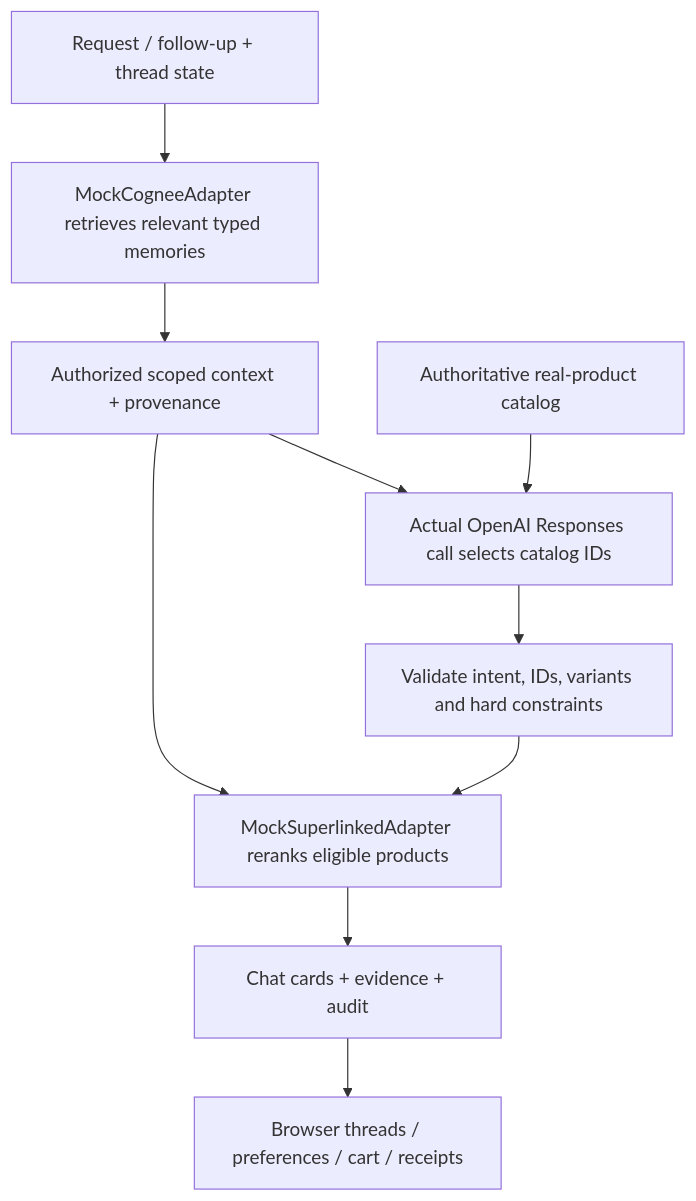
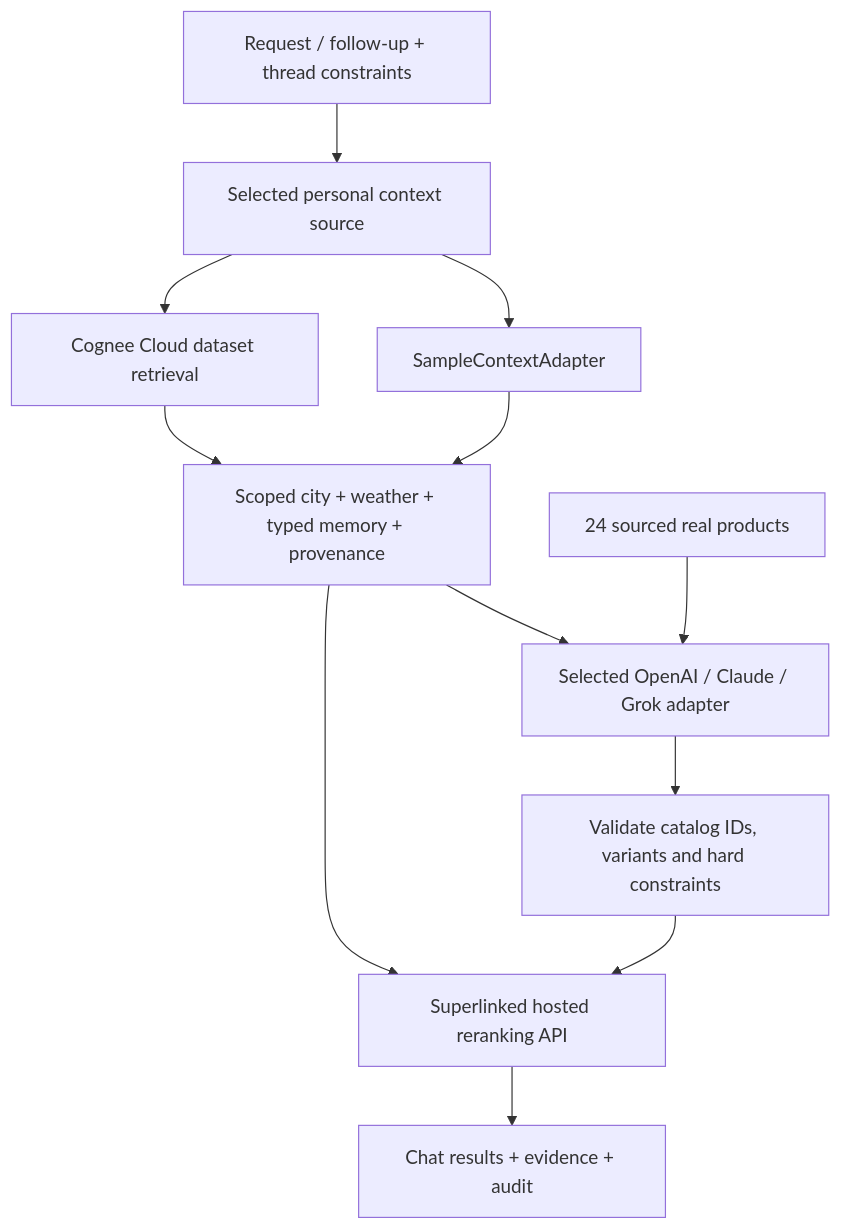
One commit to daynkng/shopping changed the diagram in README.md. Above: the diagram before and after it, drawn with Mermaid. The commit also changed other lines of this file and 34 other files, not shown here.

````diff
--- a/README.md
+++ b/README.md
@@ -64,12 +81,14 @@
 ```mermaid
 flowchart TD
-  User[Request / follow-up + thread state] --> Cognee[MockCogneeAdapter retrieves relevant typed memories]
-  Cognee --> Context[Authorized scoped context + provenance]
-  Context --> OpenAI[Actual OpenAI Responses call selects catalog IDs]
-  Catalog[Authoritative real-product catalog] --> OpenAI
-  OpenAI --> Validate[Validate intent, IDs, variants and hard constraints]
-  Validate --> Superlinked[MockSuperlinkedAdapter reranks eligible products]
-  Context --> Superlinked
-  Superlinked --> Chat[Chat cards + evidence + audit]
-  Chat --> Browser[Browser threads / preferences / cart / receipts]
+  Request[Request / follow-up + thread constraints] --> Source[Selected personal context source]
+  Source --> Sample[SampleContextAdapter]
+  Source --> Cognee[Cognee Cloud dataset retrieval]
+  Sample --> Context[Scoped city + weather + typed memory + provenance]
+  Cognee --> Context
+  Context --> Agent[Selected OpenAI / Claude / Grok adapter]
+  Catalog[24 sourced real products] --> Agent
+  Agent --> Eligibility[Validate catalog IDs, variants and hard constraints]
+  Eligibility --> Ranking[Superlinked hosted reranking API]
+  Context --> Ranking
+  Ranking --> Results[Chat results + evidence + audit]
 ```
````
